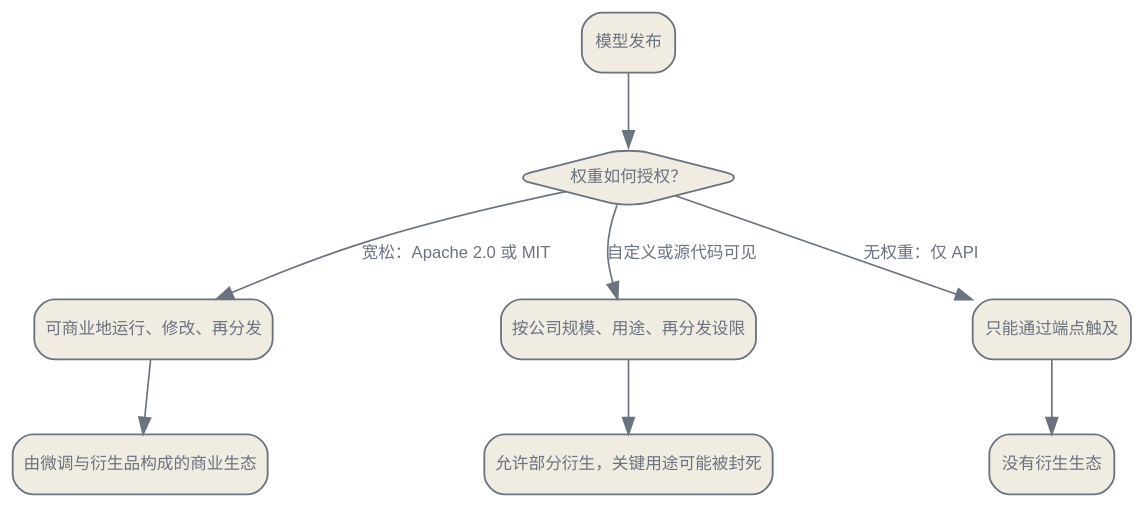
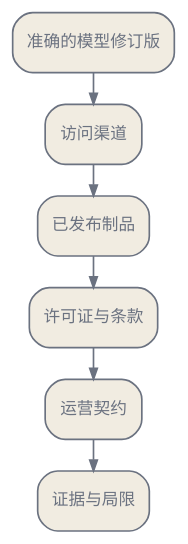
Before and after one commit to latere-ai/ai-as-an-infrastructure: the first of 4 diagrams in zh/ecosystem/01-model-landscape.qmd, drawn with Graphviz. The commit also changed other lines of this file and 2 other files, not shown here.

Commit message:
docs: rewrite Chinese model landscape chapter

````diff
--- a/zh/ecosystem/01-model-landscape.qmd
+++ b/zh/ecosystem/01-model-landscape.qmd
@@ -110,26 +7,21 @@
 ```{dot}
-//| label: fig-model-landscape-license
-//| fig-cap: "许可证作为叠在权重之上的法律层。两个拥有完全相同、皆可下载权重的模型，在许可证处分道扬镳：宽松许可证锚定一个商业衍生生态，而受限或无权重的许可证，无论模型质量如何，都会把它封死。"
-digraph {
+//| label: fig-release-contract
+//| fig-cap: "一次发布由一组需要分别审查的事实组成。实验室名称或「开放」一词，不能取代这次发布对应的模型修订版、访问渠道、制品、条款、运营承诺，以及所附证据。"
+digraph release_contract {
   bgcolor="transparent";
   rankdir=TB;
-  nodesep=1.8; ranksep=0.6;
-  node [shape=box, style="rounded,filled", fontname="Helvetica", fontsize=10, color="#6b7280", fontcolor="#6b7280", fillcolor="#f1ece1", penwidth=1.1];
-  edge [fontsize=10, fontname="Helvetica", color="#6b7280", fontcolor="#6b7280"];
-  W [label="模型发布"];
-  Q [label="权重如何授权？", shape=diamond];
-  P [label="可商业地运行、修改、再分发"];
-  R [label="按公司规模、用途、再分发设限"];
-  N [label="只能通过端点触及"];
-  E1 [label="由微调与衍生品构成的商业生态"];
-  E2 [label="允许部分衍生，关键用途可能被封死"];
-  E3 [label="没有衍生生态"];
-  W -> Q;
-  Q -> P [label="宽松：Apache 2.0 或 MIT"];
-  Q -> R [label="自定义或源代码可见"];
-  Q -> N [label="无权重：仅 API"];
-  P -> E1;
-  R -> E2;
-  N -> E3;
+  nodesep=0.16;
+  ranksep=0.26;
+  node [shape=box, style="rounded,filled", fontname="Helvetica", fontsize=10,
+        color="#6b7280", fontcolor="#6b7280", fillcolor="#f1ece1",
+        margin="0.12,0.08"];
+  edge [color="#6b7280", arrowsize=0.65];
+  I [label="准确的模型修订版"];
+  A [label="访问渠道"];
+  X [label="已发布制品"];
+  P [label="许可证与条款"];
+  O [label="运营契约"];
+  E [label="证据与局限"];
+  I -> A -> X -> P -> O -> E;
 }
 ```
````
